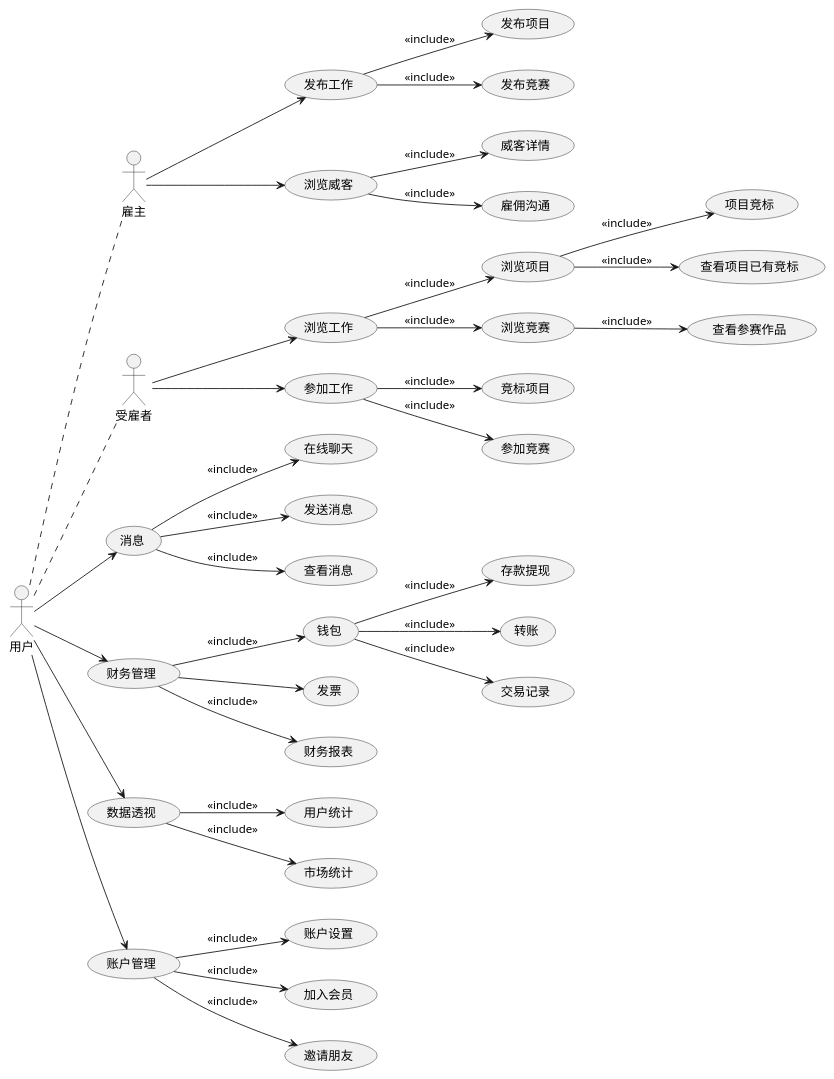
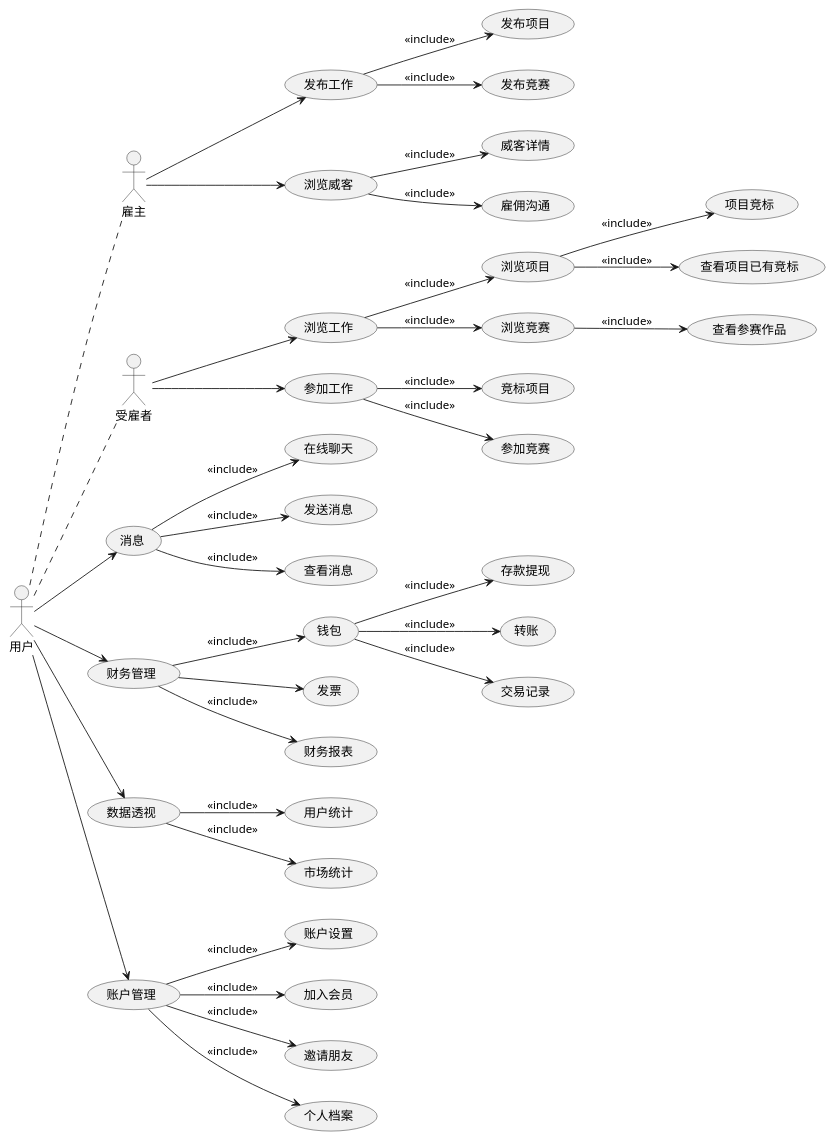
One commit to Eliza0512/BlockchainBlog changed the diagram in Design/FreeLancer/FreeLancer.md. Above: the diagram before and after it, drawn with PlantUML. The commit also changed other lines of this file and 4 other files, not shown here.

````diff
--- a/Design/FreeLancer/FreeLancer.md
+++ b/Design/FreeLancer/FreeLancer.md
@@ -7,56 +7,57 @@
 ```uml
 
 left to right direction
 :用户: as User
 :雇主: as User1
 :受雇者: as User2
 
 
 User .. User1
 User .. User2
 User1 --> (发布工作)
 User1 --> (浏览威客)
 User2 --> (浏览工作)
 User2 --> (参加工作)
 User --> (消息)
 User --> (财务管理)
 User --> (数据透视)
 User --> (账户管理)
 
 (发布工作) --> (发布项目):<<include>>
 (发布工作) --> (发布竞赛):<<include>>
 
 (浏览工作) --> (浏览项目):<<include>>
 (浏览工作) --> (浏览竞赛):<<include>>
 
 (浏览项目) --> (项目竞标):<<include>>
 (浏览项目) --> (查看项目已有竞标):<<include>>
 
 (浏览威客) --> (威客详情):<<include>>
 (浏览威客) --> (雇佣沟通):<<include>>
 
 (浏览竞赛) --> (查看参赛作品):<<include>>
 
 (参加工作) --> (竞标项目):<<include>>
 (参加工作) --> (参加竞赛):<<include>>
 
 (消息) --> (在线聊天):<<include>>
 (消息) --> (发送消息):<<include>>
 (消息) --> (查看消息):<<include>>
 
 (财务管理) --> (钱包):<<include>>
 (财务管理) --> (发票)
 (财务管理) --> (财务报表):<<include>>
 
 (钱包) --> (存款提现):<<include>>
 (钱包) --> (转账):<<include>>
 (钱包) --> (交易记录): <<include>>
 
 (数据透视) --> (用户统计):<<include>>
 (数据透视) --> (市场统计):<<include>>
 
 (账户管理) --> (账户设置):<<include>>
 (账户管理) --> (加入会员):<<include>>
 (账户管理) --> (邀请朋友):<<include>>
+(账户管理) --> (个人档案):<<include>>
 
 ```
````
